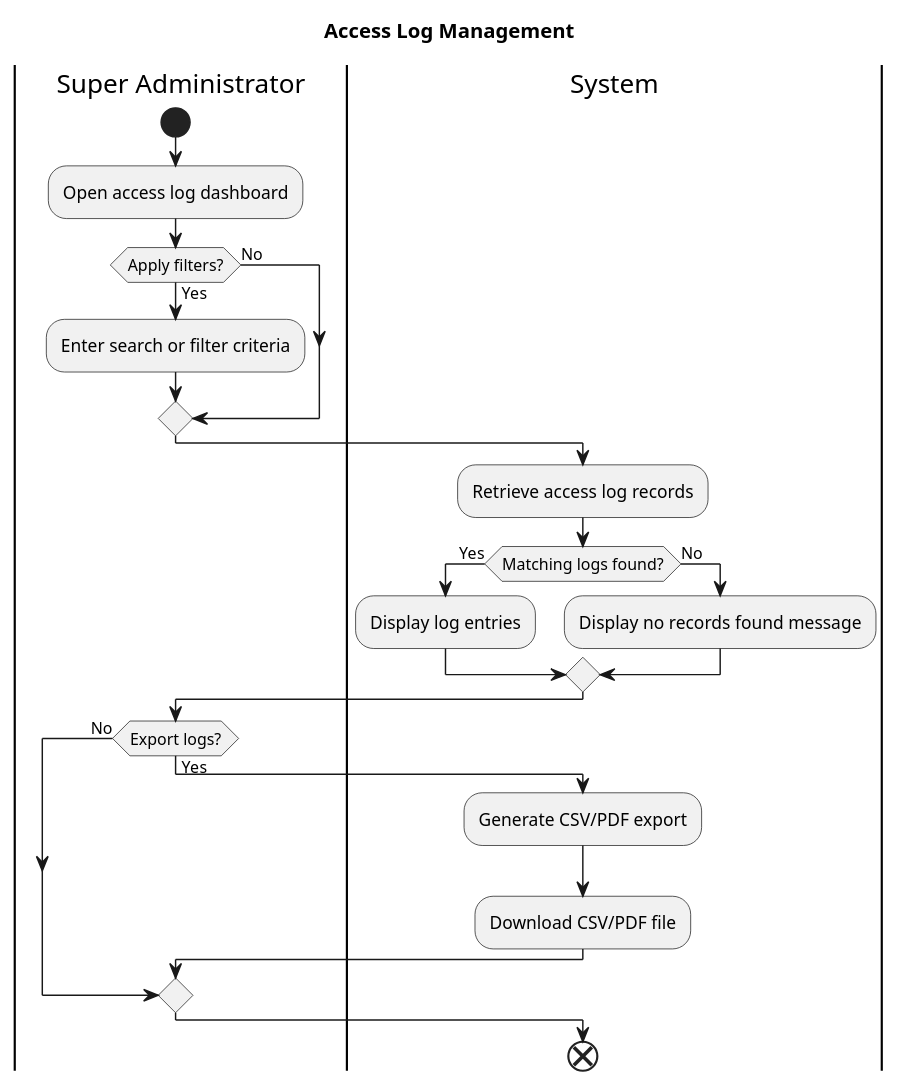
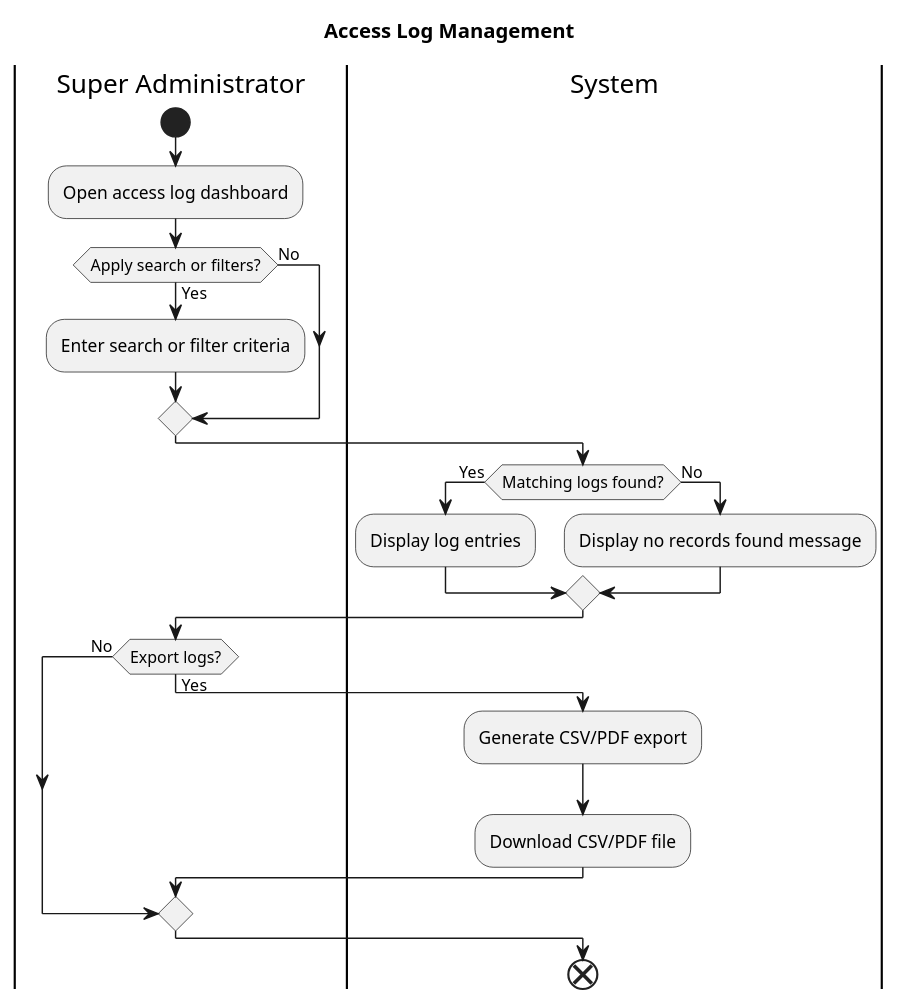
One commit to JanPerez35/PlantUML changed the diagram in activityDiagrams/Access Log Management.puml. Above: the diagram before and after it, drawn with PlantUML. The commit also changed 1 other file, not shown here.

```diff
--- a/activityDiagrams/Access Log Management.puml
+++ b/activityDiagrams/Access Log Management.puml
@@ -1,30 +1,29 @@
 @startuml
 title Access Log Management
 
 |Super Administrator|
 start
 :Open access log dashboard;
 
-if (Apply filters?) then (Yes)
+if (Apply search or filters?) then (Yes)
   :Enter search or filter criteria;
 else (No)
 endif
 
 |System|
-:Retrieve access log records;
 if (Matching logs found?) then (Yes)
   :Display log entries;
 else (No)
   :Display no records found message;
 endif
 
 |Super Administrator|
 if (Export logs?) then (Yes)
   |System|
   :Generate CSV/PDF export;
   :Download CSV/PDF file;
 else (No)
 endif
 
 end
 @enduml
```
